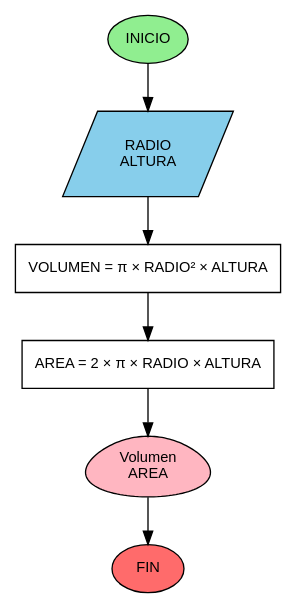
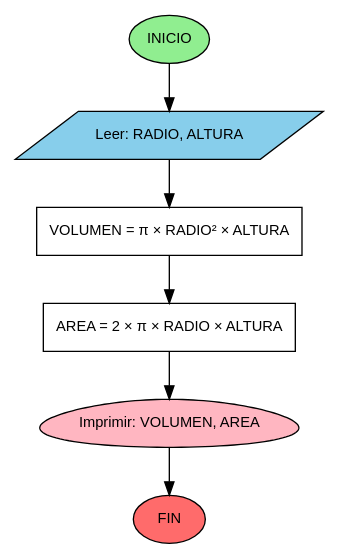
Before and after one commit to RosarioReyesMtz/java-tutor-tics: the diagram in Diagramas/diagrama_1_5.dot, drawn with Graphviz. The commit also changed 56 other files, not shown here.

Commit message:
diagrama

```diff
--- a/Diagramas/diagrama_1_5.dot
+++ b/Diagramas/diagrama_1_5.dot
@@ -1,30 +1,30 @@
 digraph problema_1_5 {
     // Configuración general
     rankdir=TB;
     node [fontname="Arial", fontsize=11];
     
     // Inicio
     inicio [label="INICIO", shape=ellipse, style=filled, fillcolor="#90EE90"];
     
     // Entrada de datos
-    entrada [label="RADIO\nALTURA ", shape=parallelogram, style=filled, fillcolor="#87CEEB"];
+    entrada [label="Leer: RADIO, ALTURA ", shape=parallelogram, style=filled, fillcolor="#87CEEB"];
     
     // Cálculo del volumen
     calc_vol [label="VOLUMEN = π × RADIO² × ALTURA\n", shape=box];
     
     // Cálculo del área lateral
     calc_area [label="AREA = 2 × π × RADIO × ALTURA\n", shape=box];
     
     // Salida de resultados
-    salida [label=" Volumen\n AREA", shape=egg, style=filled, fillcolor="#FFB6C1"];
+salida [label="Imprimir: VOLUMEN, AREA", shape=egg, style=filled, fillcolor="#FFB6C1"];
     
     // Fin
     fin [label="FIN", shape=ellipse, style=filled, fillcolor="#FF6B6B"];
     
     // Conexiones
     inicio -> entrada;
     entrada -> calc_vol;
     calc_vol -> calc_area;
     calc_area -> salida;
     salida -> fin;
 }
```
